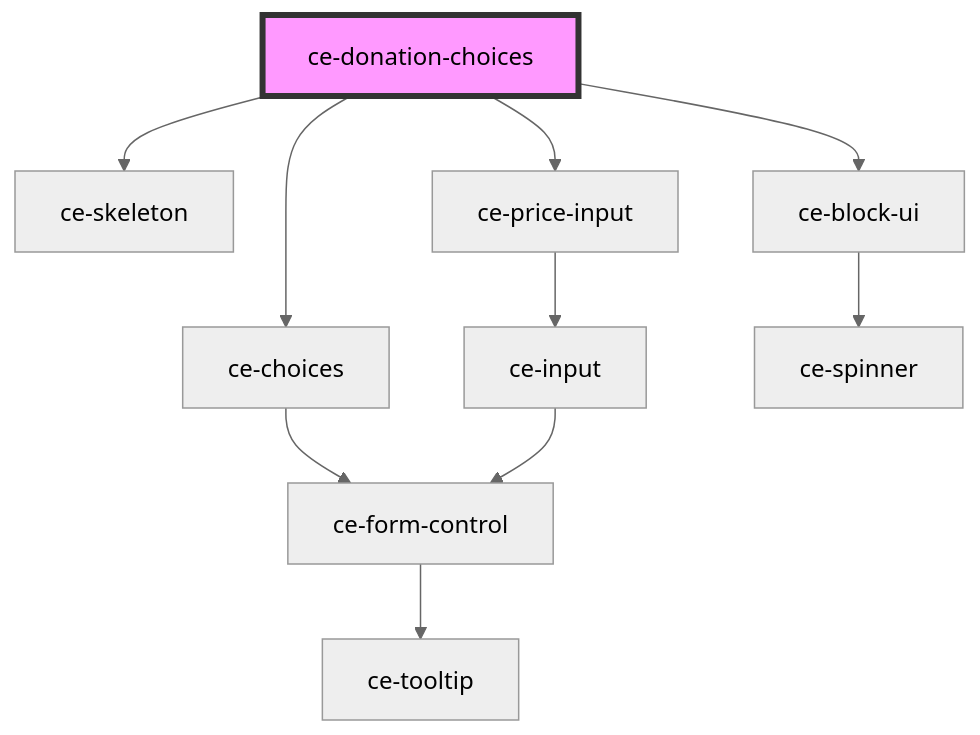
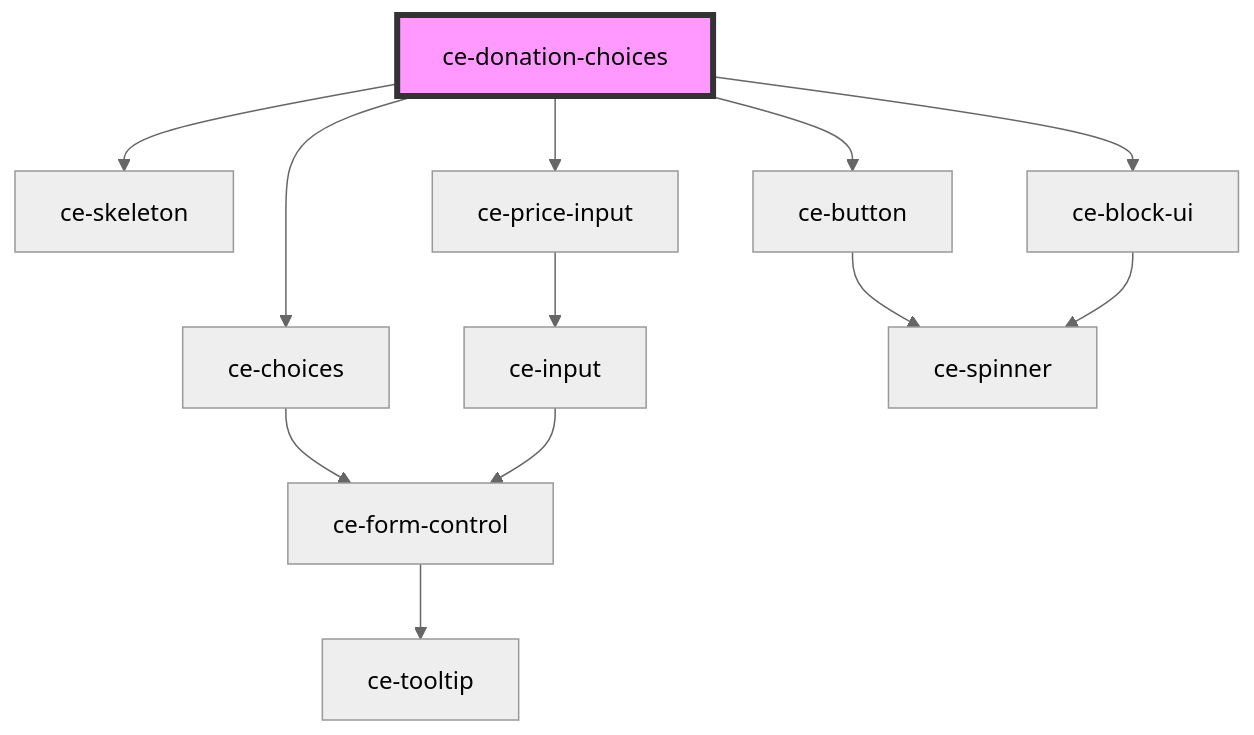
Before and after one commit to surecart/surecart-wp-plugin: the diagram in packages/components/src/components/controllers/checkout-form/ce-donation-choices/readme.md, drawn with Mermaid (neutral theme). The commit also changed other lines of this file and 4 other files, not shown here.

Commit message:
Add submit button to custom donation amount to prevent race conditions with change event.

````diff
--- a/packages/components/src/components/controllers/checkout-form/ce-donation-choices/readme.md
+++ b/packages/components/src/components/controllers/checkout-form/ce-donation-choices/readme.md
@@ -52,13 +53,15 @@
 ```mermaid
 graph TD;
   ce-donation-choices --> ce-skeleton
   ce-donation-choices --> ce-choices
   ce-donation-choices --> ce-price-input
+  ce-donation-choices --> ce-button
   ce-donation-choices --> ce-block-ui
   ce-choices --> ce-form-control
   ce-form-control --> ce-tooltip
   ce-price-input --> ce-input
   ce-input --> ce-form-control
+  ce-button --> ce-spinner
   ce-block-ui --> ce-spinner
   style ce-donation-choices fill:#f9f,stroke:#333,stroke-width:4px
 ```
````
